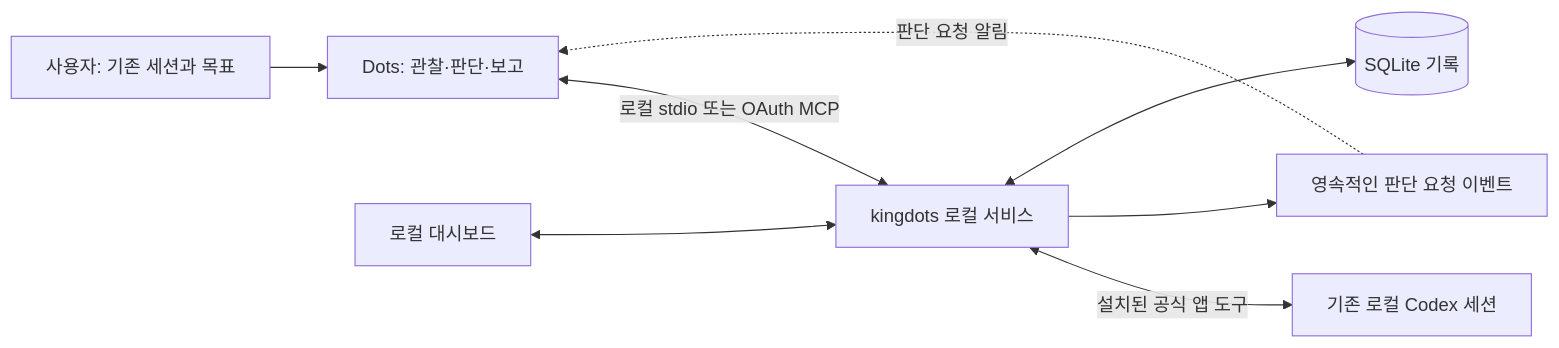
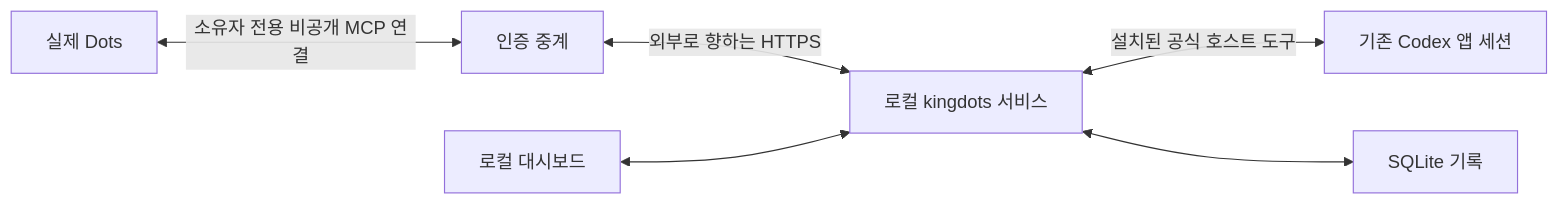
The diagram in docs/README.ko.md (OtterHelm/kingdots), drawn with Mermaid before and after one commit. The commit also changed other lines of this file and 69 other files, not shown here.

````diff
--- a/docs/README.ko.md
+++ b/docs/README.ko.md
@@ -44,10 +11,8 @@
 ```mermaid
 flowchart LR
-    U[사용자: 기존 세션과 목표] --> D[Dots: 관찰·판단·보고]
-    D <-->|로컬 stdio 또는 OAuth MCP| K[kingdots 로컬 서비스]
-    K <-->|설치된 공식 앱 도구| S[기존 로컬 Codex 세션]
-    K --> E[영속적인 판단 요청 이벤트]
-    E -. 판단 요청 알림 .-> D
-    K <--> DB[(SQLite 기록)]
-    W[로컬 대시보드] <--> K
+    D[실제 Dots] <-->|소유자 전용 비공개 MCP 연결| R[인증 중계]
+    R <-->|외부로 향하는 HTTPS| P[로컬 kingdots 서비스]
+    P <-->|설치된 공식 호스트 도구| S[기존 Codex 앱 세션]
+    P <--> DB[SQLite 기록]
+    W[로컬 대시보드] <--> P
 ```
````
